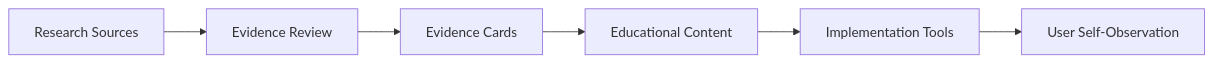
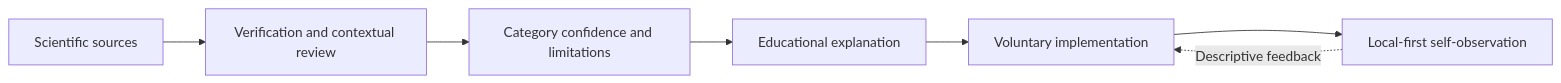
The diagram in README.md (Ciprian-LocalPulse/cognitive-os), drawn with Mermaid before and after one commit. The commit also changed other lines of this file and 61 other files, not shown here.

````diff
--- a/README.md
+++ b/README.md
@@ -53,8 +29,9 @@
 ```mermaid
 flowchart LR
-  Sources[Research Sources] --> Review[Evidence Review]
-  Review --> Cards[Evidence Cards]
-  Cards --> Education[Educational Content]
-  Education --> Tools[Implementation Tools]
-  Tools --> Observation[User Self-Observation]
+  S[Scientific sources] --> V[Verification and contextual review]
+  V --> E[Category confidence and limitations]
+  E --> L[Educational explanation]
+  L --> I[Voluntary implementation]
+  I --> O[Local-first self-observation]
+  O -. Descriptive feedback .-> I
 ```
````
